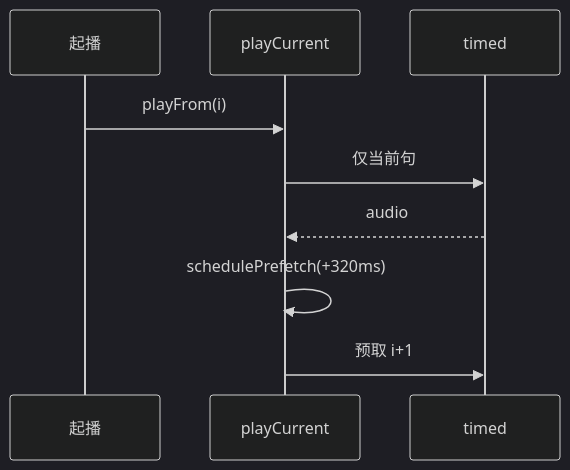
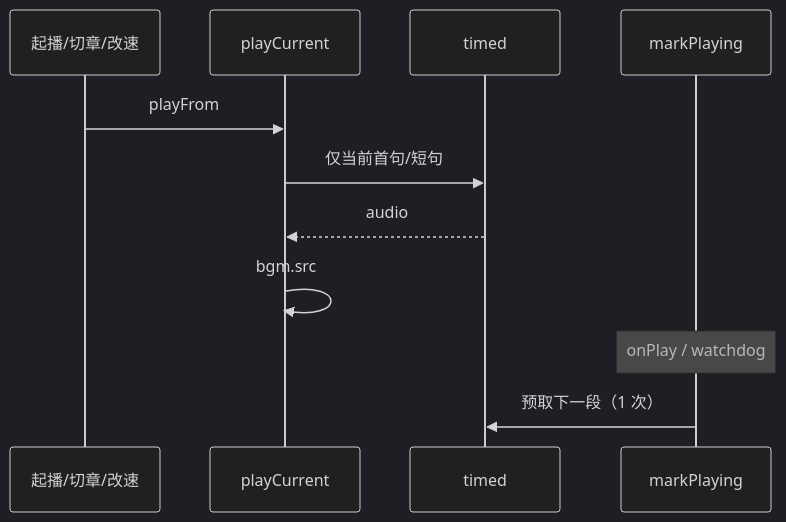
The diagram in docs/reader-listen-tts-prefetch-impl.md (dnhyxc/dnhyxc-ebook-miniprogram), drawn with Mermaid (dark theme) before and after one commit. The commit also changed other lines of this file and 27 other files, not shown here.

````diff
--- a/docs/reader-listen-tts-prefetch-impl.md
+++ b/docs/reader-listen-tts-prefetch-impl.md
@@ -51,11 +63,13 @@
 ```mermaid
 sequenceDiagram
-  participant UI as 起播
+  participant UI as 起播/切章/改速
   participant P as playCurrent
   participant API as timed
-  UI->>P: playFrom(i)
-  P->>API: 仅当前句
+  participant M as markPlaying
+  UI->>P: playFrom
+  P->>API: 仅当前首句/短句
   API-->>P: audio
-  P->>P: schedulePrefetch(+320ms)
-  P->>API: 预取 i+1
+  P->>P: bgm.src
+  Note over M: onPlay / watchdog
+  M->>API: 预取下一段（1 次）
 ```
````
